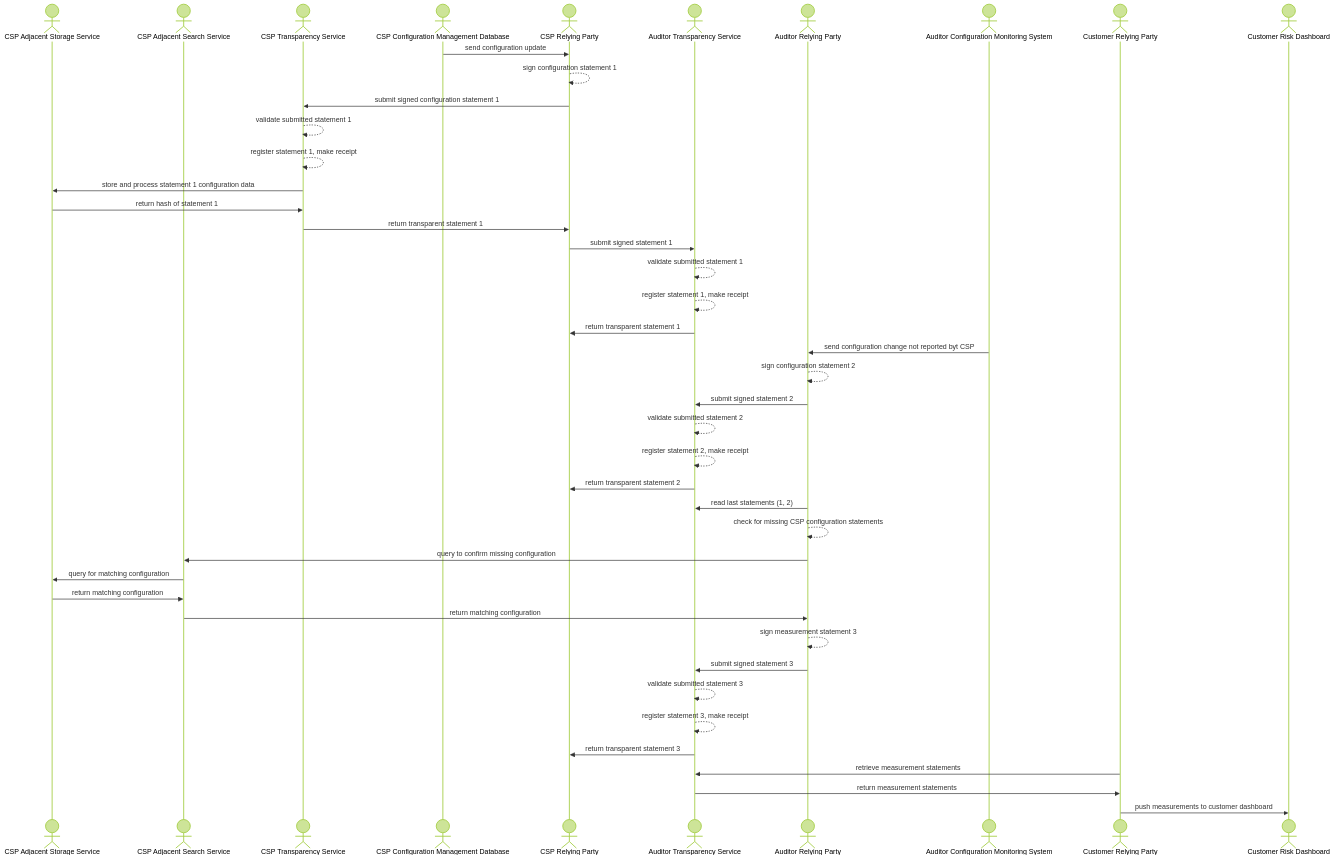
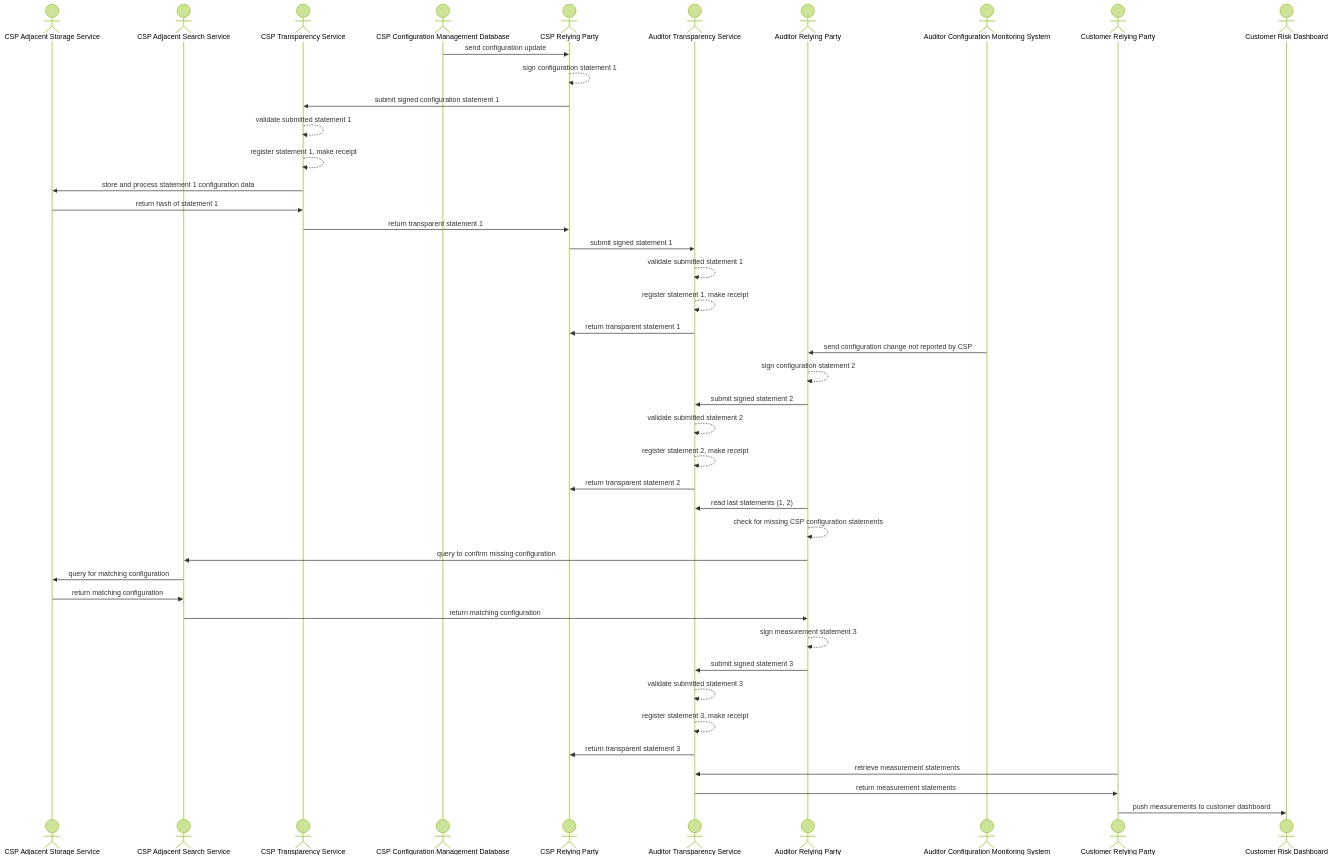
The diagram in docs/use-case_configuration.mmd (aj-stein/conmotion), drawn with Mermaid (forest theme) before and after one commit. The commit also changed 1 other file, not shown here.

Commit message:
Fix typo byt->by typo in sequence diagrams

```diff
--- a/docs/use-case_configuration.mmd
+++ b/docs/use-case_configuration.mmd
@@ -1,43 +1,43 @@
   sequenceDiagram
           actor CSP_TS_STORE as CSP Adjacent Storage Service
           actor CSP_TS_SEARCH as CSP Adjacent Search Service
           actor CSP_TS as CSP Transparency Service
           actor CSP_CMBD as CSP Configuration Management Database
           actor CSP_RP as CSP Relying Party
           actor AUDITOR_TS as Auditor Transparency Service
           actor AUDITOR_RP as Auditor Relying Party
           actor AUDITOR_CMS as Auditor Configuration Monitoring System
           actor CUSTOMER_RP as Customer Relying Party
           actor CUSTOMER_GRC as Customer Risk Dashboard
           CSP_CMBD->>CSP_RP: send configuration update
           CSP_RP-->>CSP_RP: sign configuration statement 1
           CSP_RP->>CSP_TS: submit signed configuration statement 1
           CSP_TS-->>CSP_TS: validate submitted statement 1
           CSP_TS-->>CSP_TS: register statement 1, make receipt
           CSP_TS->>CSP_TS_STORE: store and process statement 1 configuration data
           CSP_TS_STORE->>CSP_TS: return hash of statement 1
           CSP_TS->>CSP_RP: return transparent statement 1
           CSP_RP->>AUDITOR_TS: submit signed statement 1
           AUDITOR_TS-->>AUDITOR_TS: validate submitted statement 1
           AUDITOR_TS-->>AUDITOR_TS: register statement 1, make receipt
           AUDITOR_TS->>CSP_RP: return transparent statement 1
-          AUDITOR_CMS->>AUDITOR_RP: send configuration change not reported byt CSP
+          AUDITOR_CMS->>AUDITOR_RP: send configuration change not reported by CSP
           AUDITOR_RP-->>AUDITOR_RP: sign configuration statement 2
           AUDITOR_RP->>AUDITOR_TS: submit signed statement 2
           AUDITOR_TS-->>AUDITOR_TS: validate submitted statement 2
           AUDITOR_TS-->>AUDITOR_TS: register statement 2, make receipt
           AUDITOR_TS->>CSP_RP: return transparent statement 2
           AUDITOR_RP->>AUDITOR_TS: read last statements (1, 2)
           AUDITOR_RP-->>AUDITOR_RP: check for missing CSP configuration statements
           AUDITOR_RP->>CSP_TS_SEARCH: query to confirm missing configuration
           CSP_TS_SEARCH->>CSP_TS_STORE: query for matching configuration
           CSP_TS_STORE->>CSP_TS_SEARCH: return matching configuration
           CSP_TS_SEARCH->>AUDITOR_RP: return matching configuration
           AUDITOR_RP-->>AUDITOR_RP: sign measurement statement 3
           AUDITOR_RP->>AUDITOR_TS: submit signed statement 3
           AUDITOR_TS-->>AUDITOR_TS: validate submitted statement 3
           AUDITOR_TS-->>AUDITOR_TS: register statement 3, make receipt
           AUDITOR_TS->>CSP_RP: return transparent statement 3
           CUSTOMER_RP->>AUDITOR_TS: retrieve measurement statements
           AUDITOR_TS->>CUSTOMER_RP: return measurement statements
           CUSTOMER_RP->>CUSTOMER_GRC: push measurements to customer dashboard 
```
